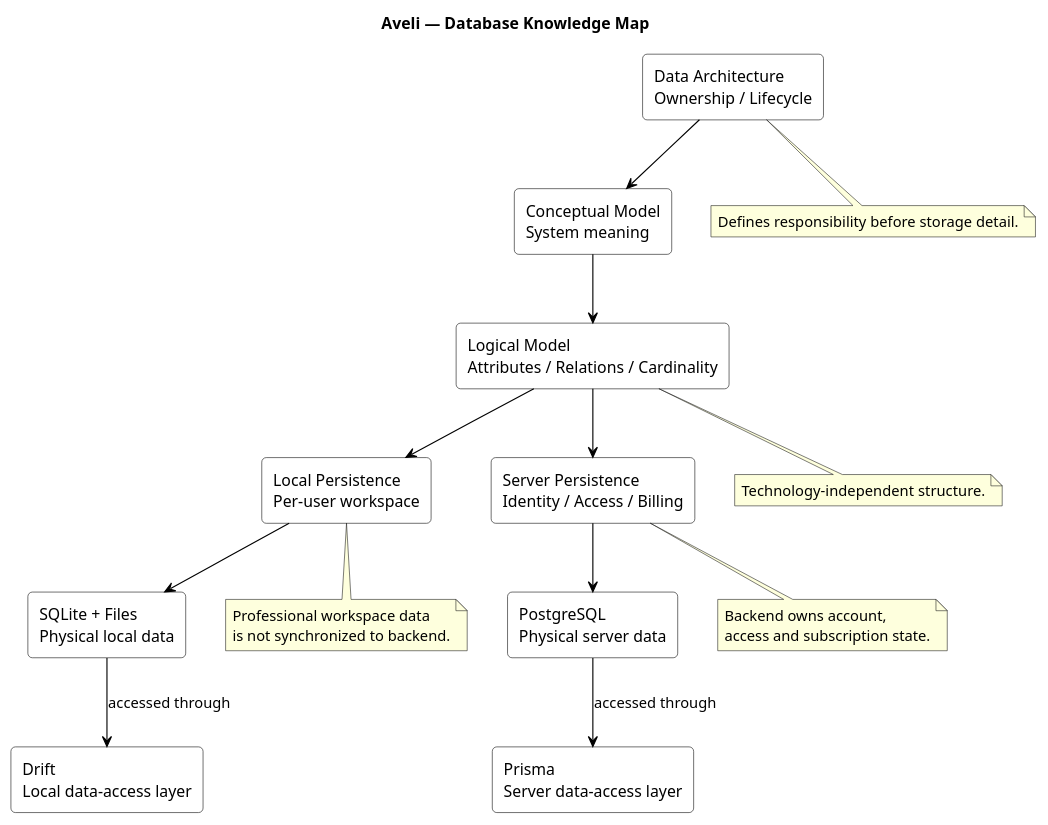
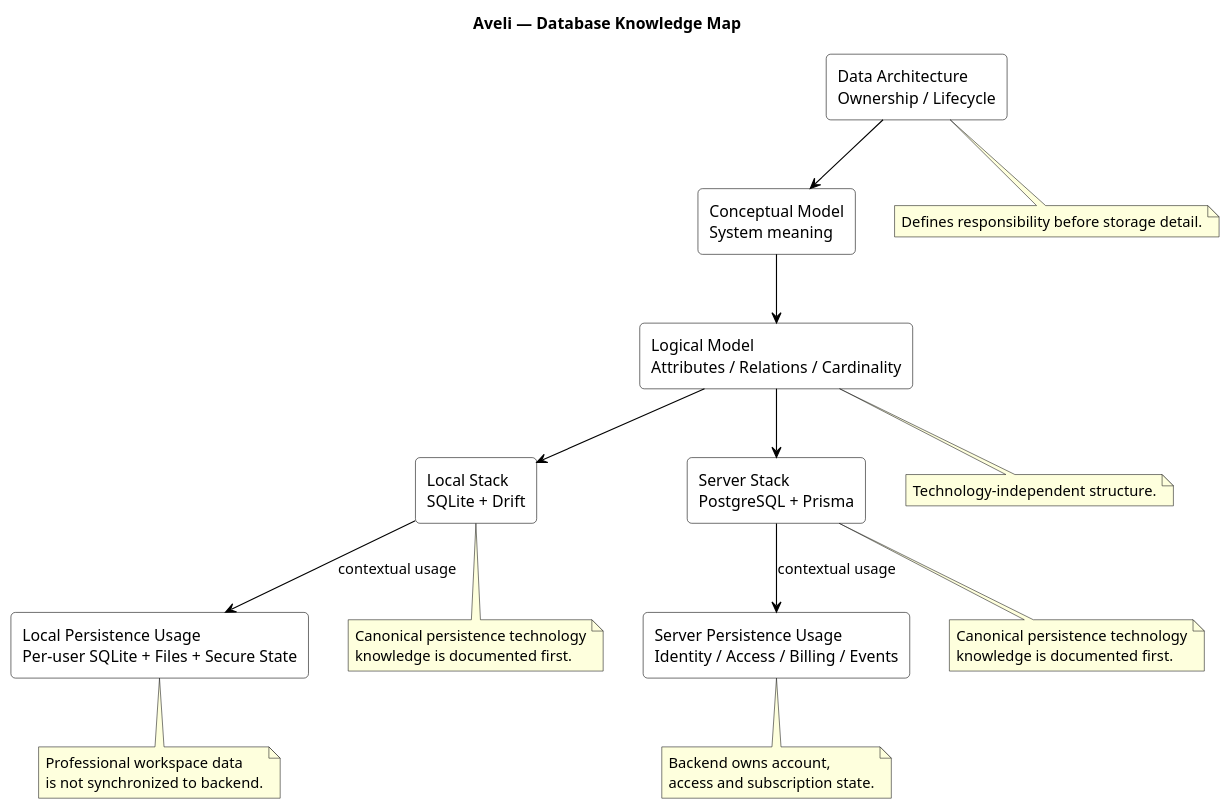
The diagram in database/diagrams/database-map.puml (branch-danya-dev/aveli-system-analysis), drawn with PlantUML before and after one commit. The commit also changed 31 other files, not shown here.

```diff
--- a/database/diagrams/database-map.puml
+++ b/database/diagrams/database-map.puml
@@ -1,60 +1,64 @@
 @startuml
 title Aveli — Database Knowledge Map
 
 skinparam shadowing false
 skinparam backgroundColor white
 skinparam defaultFontColor black
 skinparam rectangle {
   BackgroundColor white
   BorderColor black
   FontColor black
   RoundCorner 8
 }
 skinparam ArrowColor black
 
 top to bottom direction
 
 rectangle "Data Architecture\nOwnership / Lifecycle" as Architecture
 rectangle "Conceptual Model\nSystem meaning" as Conceptual
 rectangle "Logical Model\nAttributes / Relations / Cardinality" as Logical
 
-rectangle "Local Persistence\nPer-user workspace" as Local
-rectangle "Server Persistence\nIdentity / Access / Billing" as Server
+rectangle "Local Stack\nSQLite + Drift" as LocalStack
+rectangle "Server Stack\nPostgreSQL + Prisma" as ServerStack
 
-rectangle "SQLite + Files\nPhysical local data" as LocalPhysical
-rectangle "PostgreSQL\nPhysical server data" as ServerPhysical
-
-rectangle "Drift\nLocal data-access layer" as Drift
-rectangle "Prisma\nServer data-access layer" as Prisma
+rectangle "Local Persistence Usage\nPer-user SQLite + Files + Secure State" as Local
+rectangle "Server Persistence Usage\nIdentity / Access / Billing / Events" as Server
 
 Architecture --> Conceptual
 Conceptual --> Logical
 
-Logical --> Local
-Logical --> Server
+Logical --> LocalStack
+Logical --> ServerStack
 
-Local --> LocalPhysical
-Server --> ServerPhysical
-
-LocalPhysical --> Drift : accessed through
-ServerPhysical --> Prisma : accessed through
+LocalStack --> Local : contextual usage
+ServerStack --> Server : contextual usage
 
 note bottom of Architecture
 Defines responsibility before storage detail.
 end note
 
 note bottom of Logical
 Technology-independent structure.
+end note
+
+note bottom of LocalStack
+Canonical persistence technology
+knowledge is documented first.
+end note
+
+note bottom of ServerStack
+Canonical persistence technology
+knowledge is documented first.
 end note
 
 note bottom of Local
 Professional workspace data
 is not synchronized to backend.
 end note
 
 note bottom of Server
 Backend owns account,
 access and subscription state.
 end note
 
 @enduml
```
